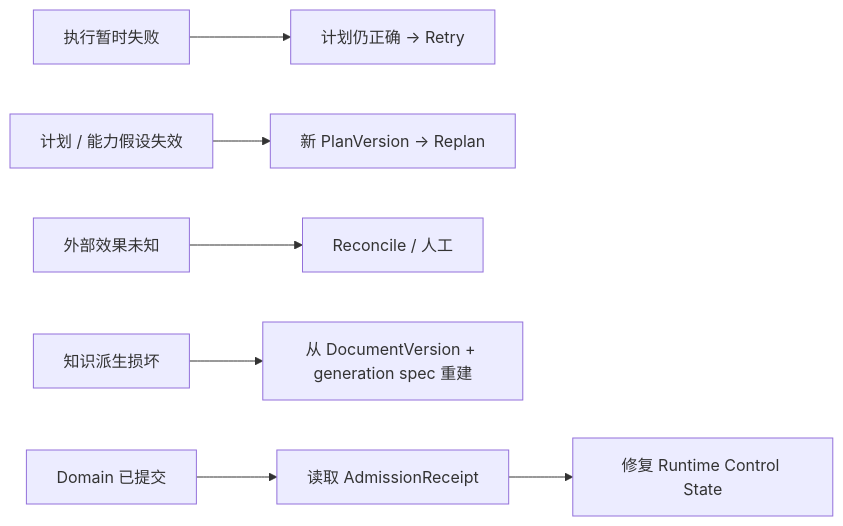
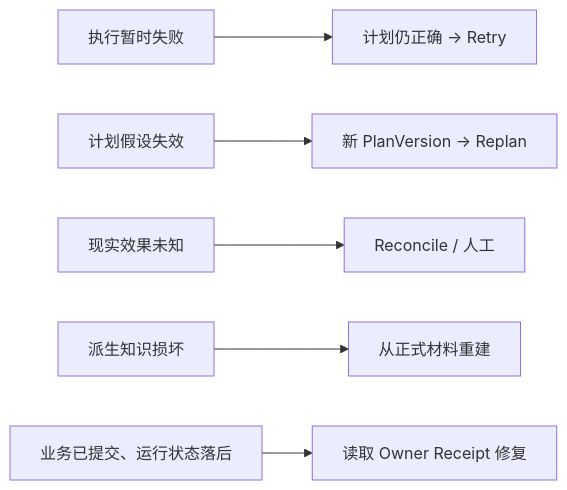
One commit to ProfessorZhi/Zuno changed the fifth of 5 diagrams in docs/architecture/architecture.md. Above: the diagram before and after it, drawn with Mermaid. The commit also changed other lines of this file, not shown here.

Commit message:
docs: rewrite overall architecture human narrative

````diff
--- a/docs/architecture/architecture.md
+++ b/docs/architecture/architecture.md
@@ -353,9 +340,8 @@
 ```mermaid
 flowchart LR
-  TEMP[执行暂时失败] --> RETRY[计划仍正确 → Retry]
-  ASSUME[计划 / 能力假设失效] --> REPLAN[新 PlanVersion → Replan]
-  UNKNOWN[外部效果未知] --> RECON[Reconcile / 人工]
-  KNOW[知识派生损坏] --> REBUILD[从 DocumentVersion + generation spec 重建]
-  COMMIT[Domain 已提交] --> RECEIPT[读取 AdmissionReceipt]
-  RECEIPT --> REPAIR[修复 Runtime Control State]
+  X1[执行暂时失败] --> R1[计划仍正确 → Retry]
+  X2[计划假设失效] --> R2[新 PlanVersion → Replan]
+  X3[现实效果未知] --> R3[Reconcile / 人工]
+  X4[派生知识损坏] --> R4[从正式材料重建]
+  X5[业务已提交、运行状态落后] --> R5[读取 Owner Receipt 修复]
 ```
````
